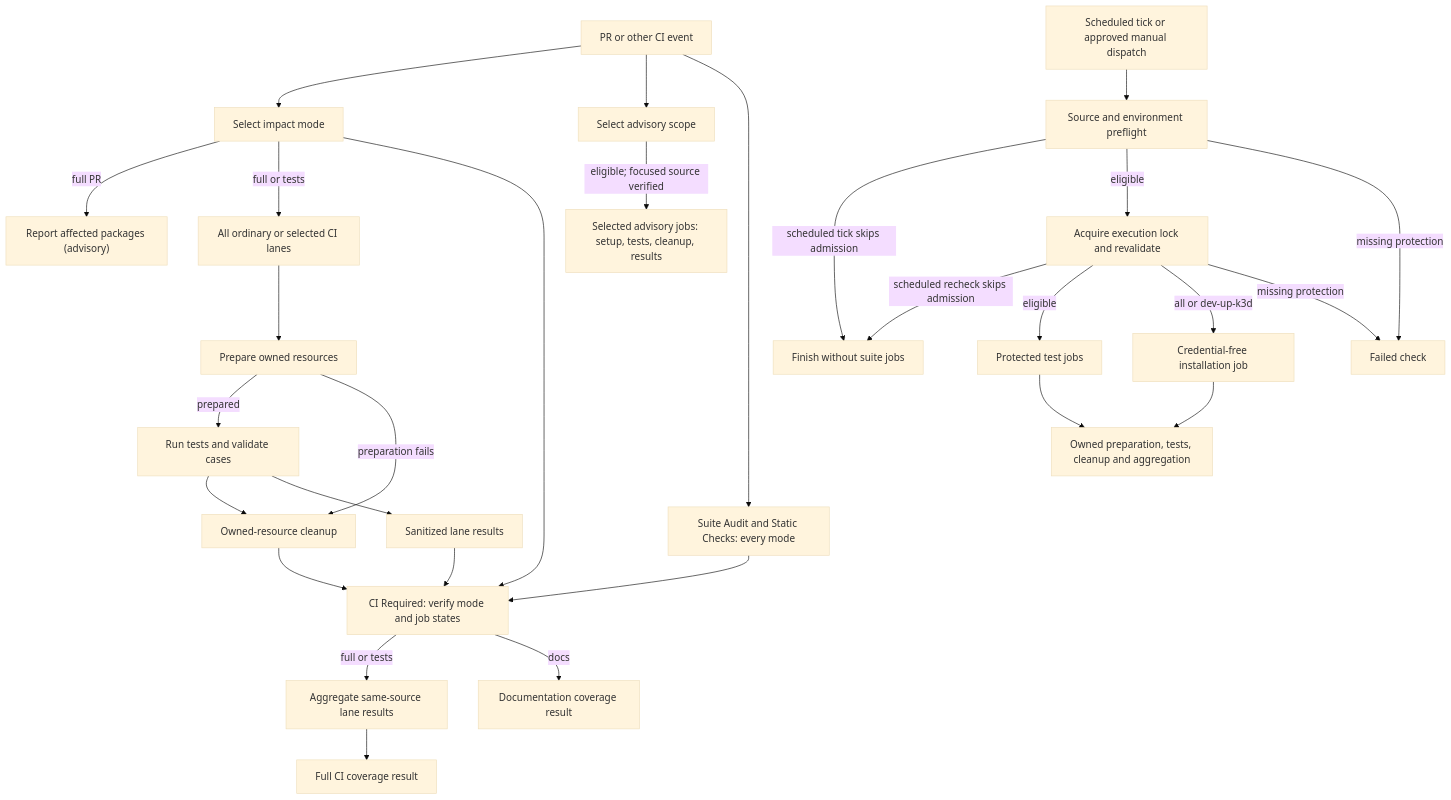
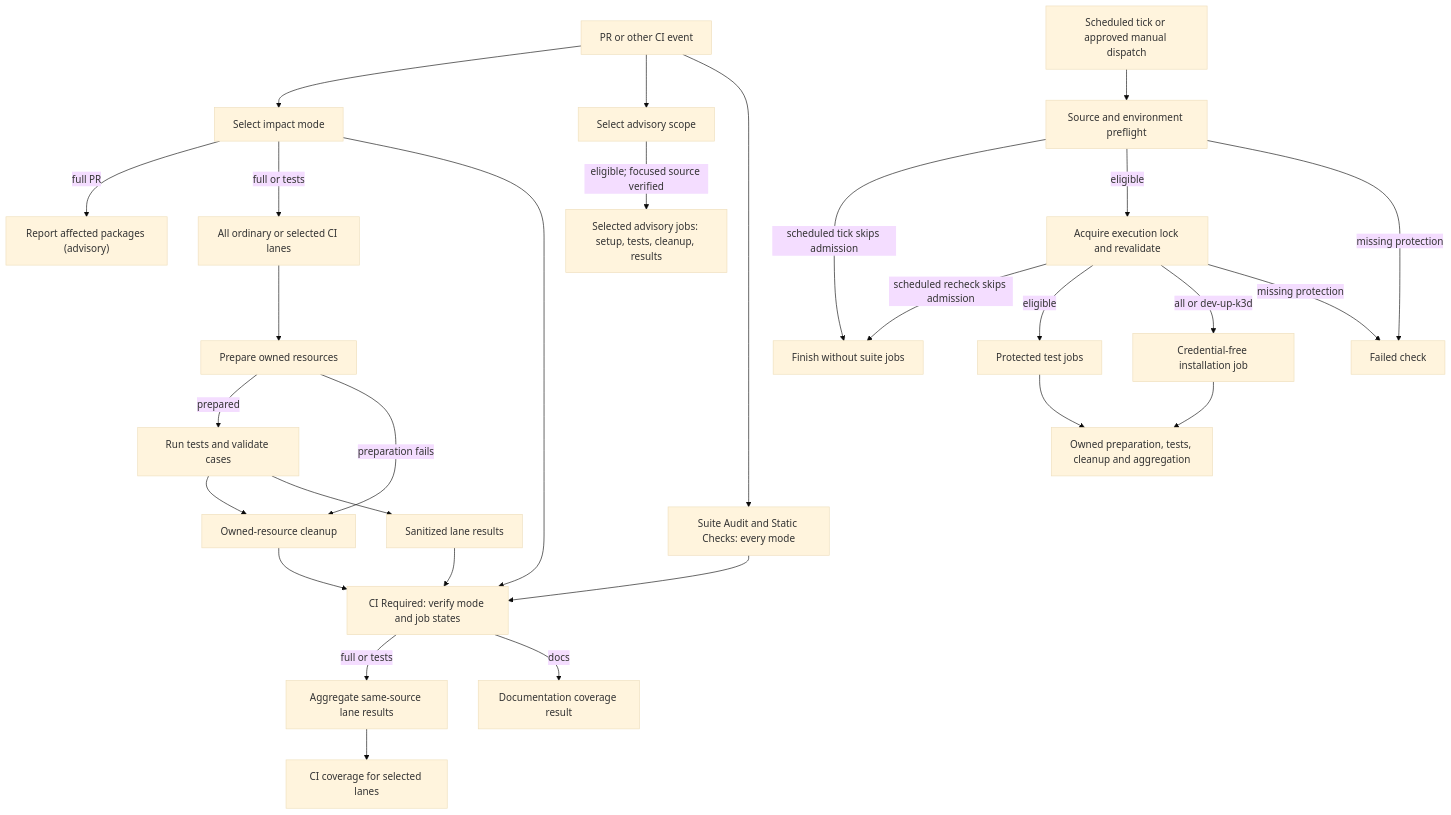
One commit to openclaw/openclaw-enterprise changed the diagram in docs/flows/github-actions-testing.md. Above: the diagram before and after it, drawn with Mermaid (base theme). The commit also changed other lines of this file and 2 other files, not shown here.

Commit message:
docs: clarify sprint assignment, CI coverage and review dispatch

````diff
--- a/docs/flows/github-actions-testing.md
+++ b/docs/flows/github-actions-testing.md
@@ -21,31 +21,31 @@
 ```mermaid
 graph TD
   A["PR or other CI event"] --> S["Select impact mode"]
   A --> AQ["Select advisory scope"]
   AQ -->|eligible; focused source verified| AJ["Selected advisory jobs: setup, tests, cleanup, results"]
   A --> N["Suite Audit and Static Checks: every mode"]
   S -->|full PR| Q["Report affected packages (advisory)"]
   S -->|full or tests| B["All ordinary or selected CI lanes"]
   B --> F["Prepare owned resources"]
   F -->|prepared| H["Run tests and validate cases"]
   F -->|preparation fails| J["Owned-resource cleanup"]
   H --> J
   H --> K["Sanitized lane results"]
   J --> G["CI Required: verify mode and job states"]
   S --> G
   N --> G
   K --> G
   G -->|full or tests| L["Aggregate same-source lane results"]
   G -->|docs| M["Documentation coverage result"]
-  L --> R["Full CI coverage result"]
+  L --> R["CI coverage for selected lanes"]
   C["Scheduled tick or approved manual dispatch"] --> P["Source and environment preflight"]
   P -->|scheduled tick skips admission| D["Finish without suite jobs"]
   P -->|eligible| V["Acquire execution lock and revalidate"]
   V -->|scheduled recheck skips admission| D
   V -->|eligible| E["Protected test jobs"]
   V -->|all or dev-up-k3d| U["Credential-free installation job"]
   U --> T
   P -->|missing protection| X["Failed check"]
   V -->|missing protection| X
   E --> T["Owned preparation, tests, cleanup and aggregation"]
 ```
````
